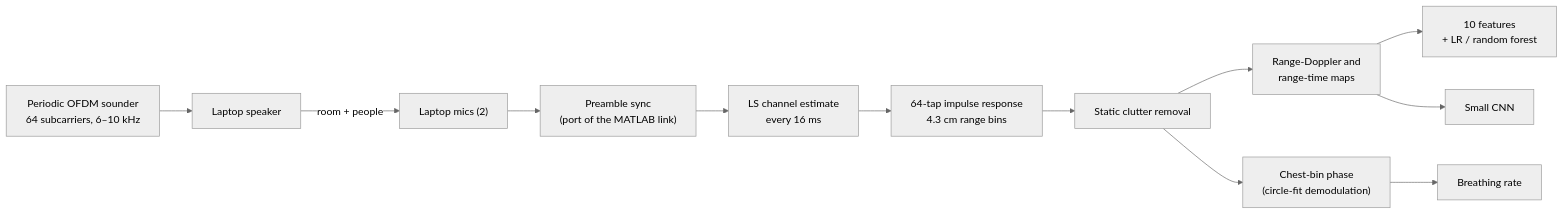
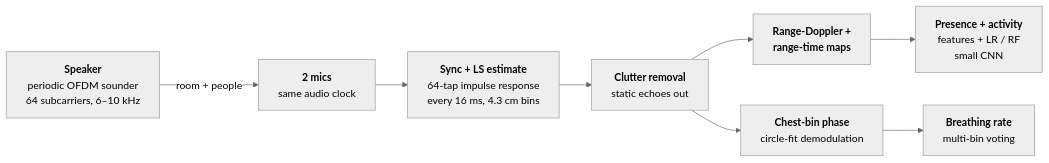
The diagram in README.md (enricguaschmesia-lab/laptop-acoustic-radar), drawn with Mermaid (neutral theme) before and after one commit.

Commit message:
Simplify the README pipeline diagram

````diff
--- a/README.md
+++ b/README.md
@@ -58,14 +58,10 @@
 ```mermaid
 flowchart LR
-    TX["Periodic OFDM sounder<br/>64 subcarriers, 6–10 kHz"] --> SPK["Laptop speaker"]
-    SPK -- "room + people" --> MIC["Laptop mics (2)"]
-    MIC --> SYNC["Preamble sync<br/>(port of the MATLAB link)"]
-    SYNC --> LS["LS channel estimate<br/>every 16 ms"]
-    LS --> CIR["64-tap impulse response<br/>4.3 cm range bins"]
-    CIR --> CLUT["Static clutter removal"]
-    CLUT --> MAPS["Range-Doppler and<br/>range-time maps"]
-    CLUT --> PHASE["Chest-bin phase<br/>(circle-fit demodulation)"]
-    MAPS --> FEAT["10 features<br/>+ LR / random forest"]
-    MAPS --> CNN["Small CNN"]
-    PHASE --> BR["Breathing rate"]
+    TX["<b>Speaker</b><br/>periodic OFDM sounder<br/>64 subcarriers, 6–10 kHz"] -- "room + people" --> MIC["<b>2 mics</b><br/>same audio clock"]
+    MIC --> RX["<b>Sync + LS estimate</b><br/>64-tap impulse response<br/>every 16 ms, 4.3 cm bins"]
+    RX --> CLUT["<b>Clutter removal</b><br/>static echoes out"]
+    CLUT --> MAPS["<b>Range-Doppler +<br/>range-time maps</b>"]
+    CLUT --> PHASE["<b>Chest-bin phase</b><br/>circle-fit demodulation"]
+    MAPS --> CLS["<b>Presence + activity</b><br/>features + LR / RF<br/>small CNN"]
+    PHASE --> BR["<b>Breathing rate</b><br/>multi-bin voting"]
 ```
````
